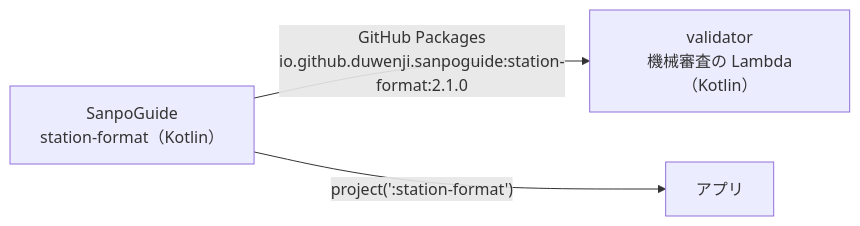
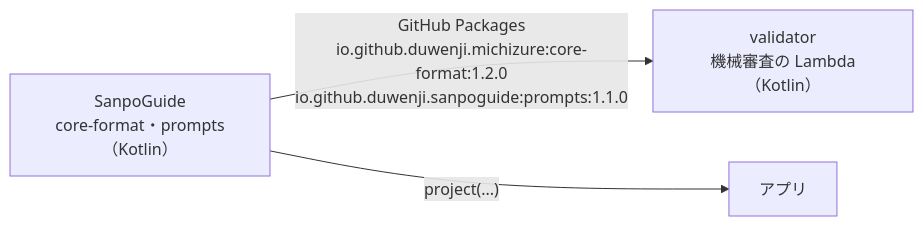
Before and after one commit to duwenji/yorisoi-tutorial: the first of 2 diagrams in 08-aws/08-kotlin-lambda.md, drawn with Mermaid. The commit also changed other lines of this file and 18 other files, not shown here.

Commit message:
docs: 第 0・1・4・6〜9 部と技術カードの station-format の記述を、コアとプロンプト・パックに直す

````diff
--- a/08-aws/08-kotlin-lambda.md
+++ b/08-aws/08-kotlin-lambda.md
@@ -19,5 +19,5 @@
 ```mermaid
 flowchart LR
-    SG["SanpoGuide<br/>station-format（Kotlin）"] -->|"GitHub Packages<br/>io.github.duwenji.sanpoguide:station-format:2.1.0"| V["validator<br/>機械審査の Lambda（Kotlin）"]
-    SG -->|"project(':station-format')"| APP["アプリ"]
+    SG["SanpoGuide<br/>core-format・prompts（Kotlin）"] -->|"GitHub Packages<br/>io.github.duwenji.michizure:core-format:1.2.0<br/>io.github.duwenji.sanpoguide:prompts:1.1.0"| V["validator<br/>機械審査の Lambda（Kotlin）"]
+    SG -->|"project(...)"| APP["アプリ"]
 ```
````
